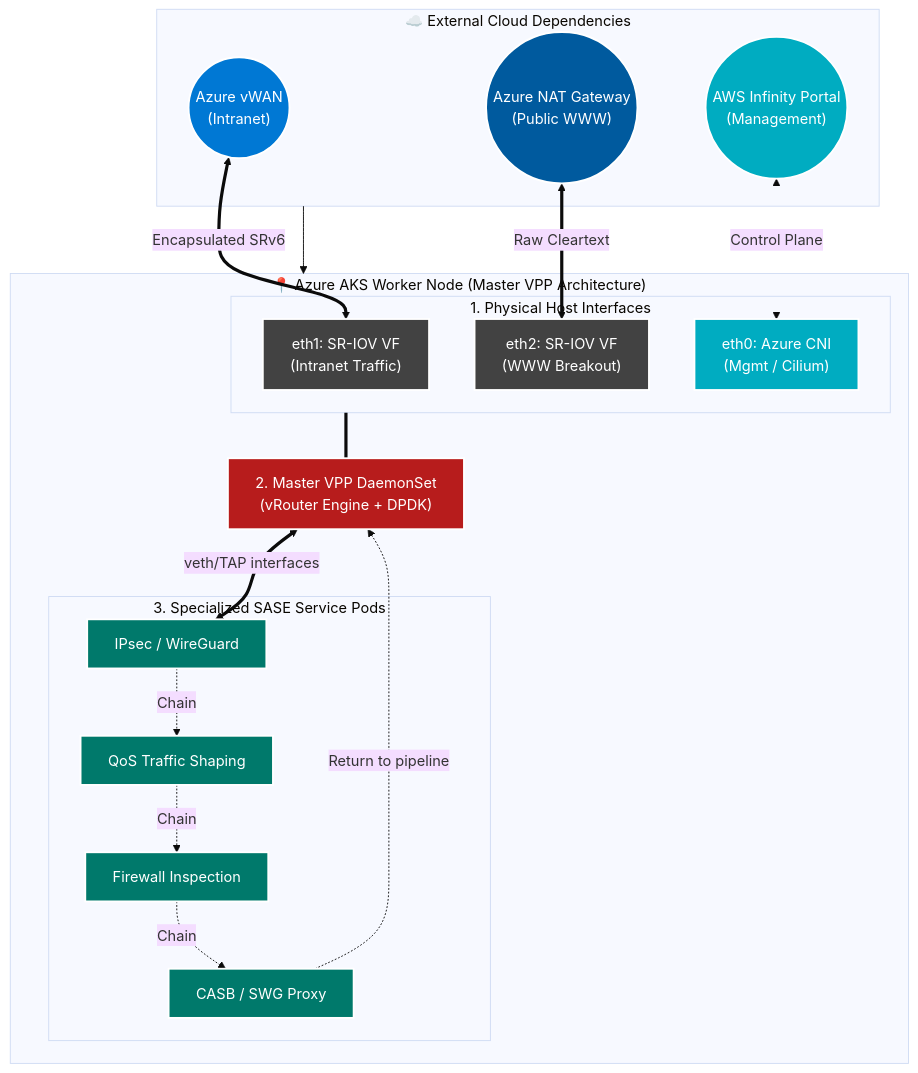
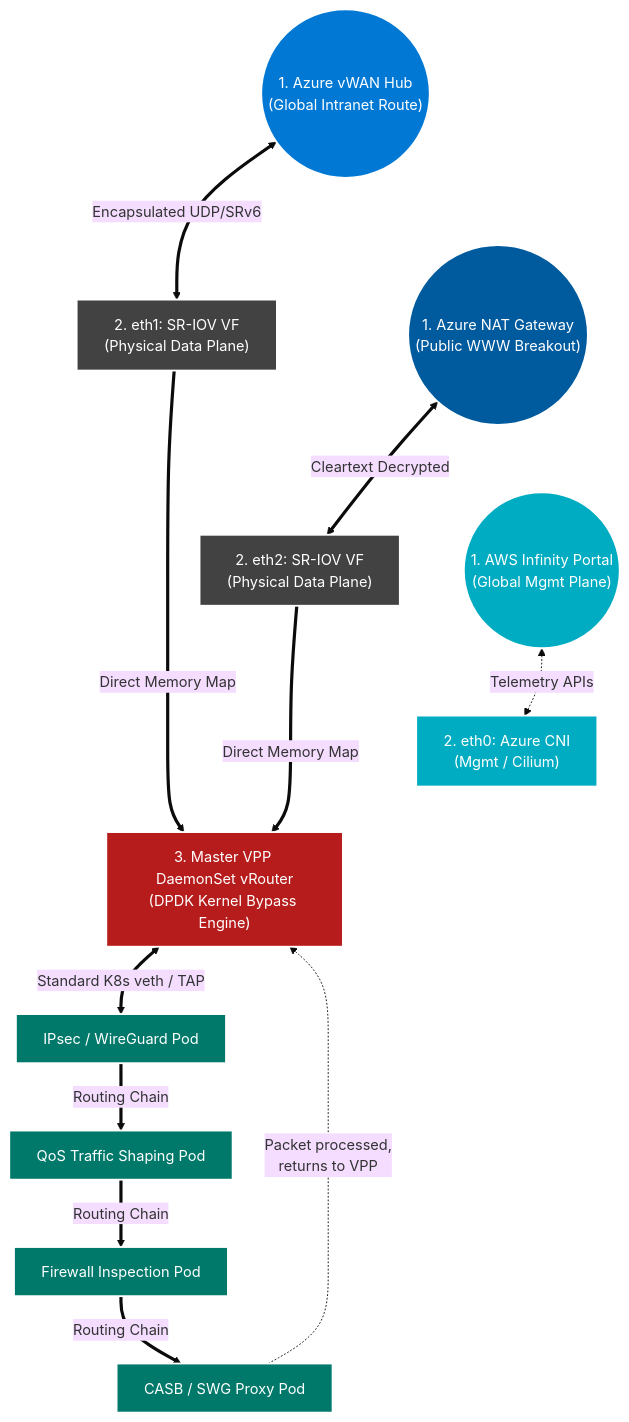
One commit to roie9876/SASE changed the second of 2 diagrams in checkpoint_aks_sase.md. Above: the diagram before and after it, drawn with Mermaid (base theme).

Commit message:
docs: deeply simplify mermaid to a standard top-to-bottom layout removing all squashed subgraphs

````diff
--- a/checkpoint_aks_sase.md
+++ b/checkpoint_aks_sase.md
@@ -74,50 +74,51 @@
 ```mermaid
 flowchart TD
     %% Styling
     classDef azure fill:#0078D4,stroke:#fff,stroke-width:2px,color:#fff
     classDef vpp fill:#B71C1C,stroke:#fff,stroke-width:2px,color:#fff
     classDef pod fill:#00796B,stroke:#fff,stroke-width:2px,color:#fff
     classDef hw fill:#424242,stroke:#fff,stroke-width:2px,color:#fff
     classDef mgmt fill:#00ACC1,stroke:#fff,stroke-width:2px,color:#fff
     classDef net fill:#005A9E,stroke:#fff,stroke-width:2px,color:#fff
 
-    subgraph External [" ☁️ External Cloud Dependencies "]
-        vWAN(("Azure vWAN<br/>(Intranet)")):::azure
-        NAT(("Azure NAT Gateway<br/>(Public WWW)")):::net
-        Infinity(("AWS Infinity Portal<br/>(Management)")):::mgmt
-    end
+    %% LAYER 1: Cloud Endpoints (Stand-alone nodes so GitHub doesn't squash them)
+    vWAN(("1. Azure vWAN Hub<br/>(Global Intranet Route)")):::azure
+    NAT(("1. Azure NAT Gateway<br/>(Public WWW Breakout)")):::net
+    Infinity(("1. AWS Infinity Portal<br/>(Global Mgmt Plane)")):::mgmt
 
-    subgraph RegionA [" 📍 Azure AKS Worker Node (Master VPP Architecture) "]
-        
-        subgraph NICs [" 1. Physical Host Interfaces "]
-            eth1["eth1: SR-IOV VF<br/>(Intranet Traffic)"]:::hw
-            eth2["eth2: SR-IOV VF<br/>(WWW Breakout)"]:::hw
-            eth0["eth0: Azure CNI<br/>(Mgmt / Cilium)"]:::mgmt
-        end
+    %% LAYER 2: Physical NIC Boundaries
+    eth1["2. eth1: SR-IOV VF<br/>(Physical Data Plane)"]:::hw
+    eth2["2. eth2: SR-IOV VF<br/>(Physical Data Plane)"]:::hw
+    eth0["2. eth0: Azure CNI<br/>(Mgmt / Cilium)"]:::mgmt
 
-        VPP["2. Master VPP DaemonSet<br/>(vRouter Engine + DPDK)"]:::vpp
+    %% LAYER 3: The Workhorse DaemonSet
+    VPP["3. Master VPP DaemonSet vRouter<br/>(DPDK Kernel Bypass Engine)"]:::vpp
 
-        subgraph ServiceChain [" 3. Specialized SASE Service Pods "]
-            IPsec["IPsec / WireGuard"]:::pod
-            QoS["QoS Traffic Shaping"]:::pod
-            FW["Firewall Inspection"]:::pod
-            CASB["CASB / SWG Proxy"]:::pod
-            
-            IPsec -.->|"Chain"| QoS -.->|"Chain"| FW -.->|"Chain"| CASB
-        end
-        
-        %% Internal Links Bottom-Up / Top-Down
-        NICs === VPP
-        VPP <==>|"veth/TAP interfaces"| IPsec
-        CASB -.->|"Return to pipeline"| VPP
-    end
+    %% LAYER 4: The Microservices (Service Chain)
+    IPsec["IPsec / WireGuard Pod"]:::pod
+    QoS["QoS Traffic Shaping Pod"]:::pod
+    FW["Firewall Inspection Pod"]:::pod
+    CASB["CASB / SWG Proxy Pod"]:::pod
+
+    %% EXTERNAL ROUTING MAP
+    vWAN <==>|"Encapsulated UDP/SRv6"| eth1
+    NAT <==>|"Cleartext Decrypted"| eth2
+    Infinity <.->|"Telemetry APIs"| eth0
+
+    %% INTERNAL HOST ROUTING MAP
+    eth1 ===>|"Direct Memory Map"| VPP
+    eth2 ===>|"Direct Memory Map"| VPP
+
+    %% SERVICE CHAIN (Top-to-Bottom Flow)
+    VPP <==>|"Standard K8s veth / TAP"| IPsec
+    IPsec ==>|"Routing Chain"| QoS
+    QoS ==>|"Routing Chain"| FW
+    FW ==>|"Routing Chain"| CASB
     
-    %% External Links (Connecting the structural blocks)
-    vWAN <==>|"Encapsulated SRv6"| eth1
-    NAT <==>|"Raw Cleartext"| eth2
-    Infinity <.->|"Control Plane"| eth0
+    %% Loop back
+    CASB -.->|"Packet processed,<br/>returns to VPP"| VPP
 
-    %% Provide order for clean rendering
-    External --> RegionA
-    linkStyle 8 stroke-width:0px;
+    %% INVISIBLE ALIGNMENT (Forces the items to render beautifully side-by-side)
+    vWAN ~~~ NAT ~~~ Infinity
+    eth1 ~~~ eth2 ~~~ eth0
 ```
````
